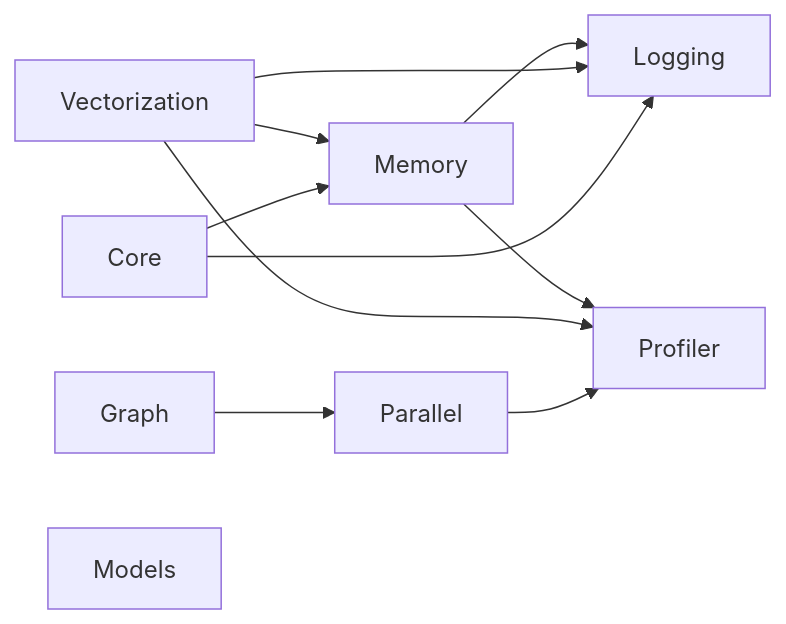
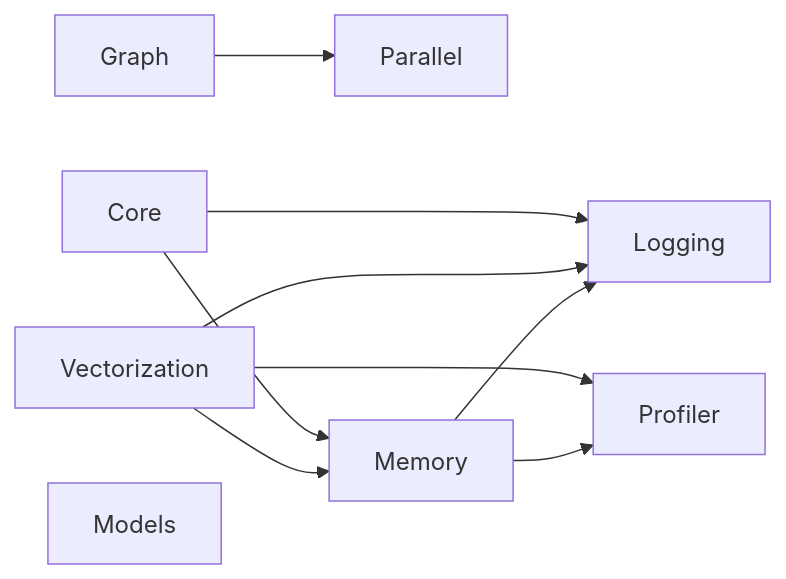
The second of 5 diagrams in Docs/PROJECT_DEPENDENCIES.md (KhwarizmiAnalytix/XSigma), drawn with Mermaid before and after one commit. The commit also changed other lines of this file and 100 other files, not shown here.

````diff
--- a/Docs/PROJECT_DEPENDENCIES.md
+++ b/Docs/PROJECT_DEPENDENCIES.md
@@ -75,15 +93,15 @@
 ```mermaid
 flowchart LR
   Logging
+  Parallel
   Profiler
   Memory --> Logging
   Memory --> Profiler
   Vectorization --> Logging
   Vectorization --> Memory
   Vectorization --> Profiler
   Core --> Logging
   Core --> Memory
-  Parallel --> Profiler
   Graph --> Parallel
   Models
 ```
````
